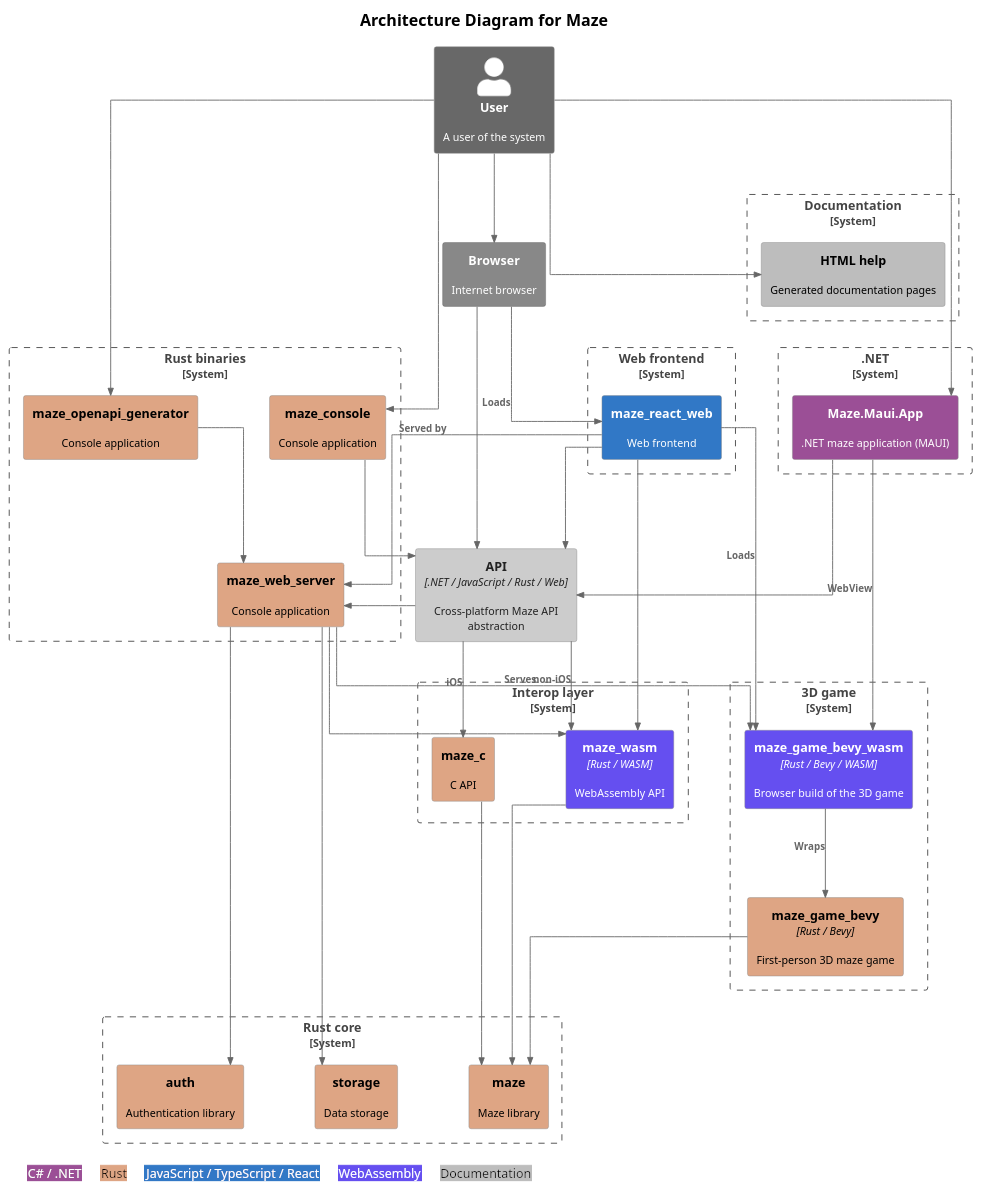
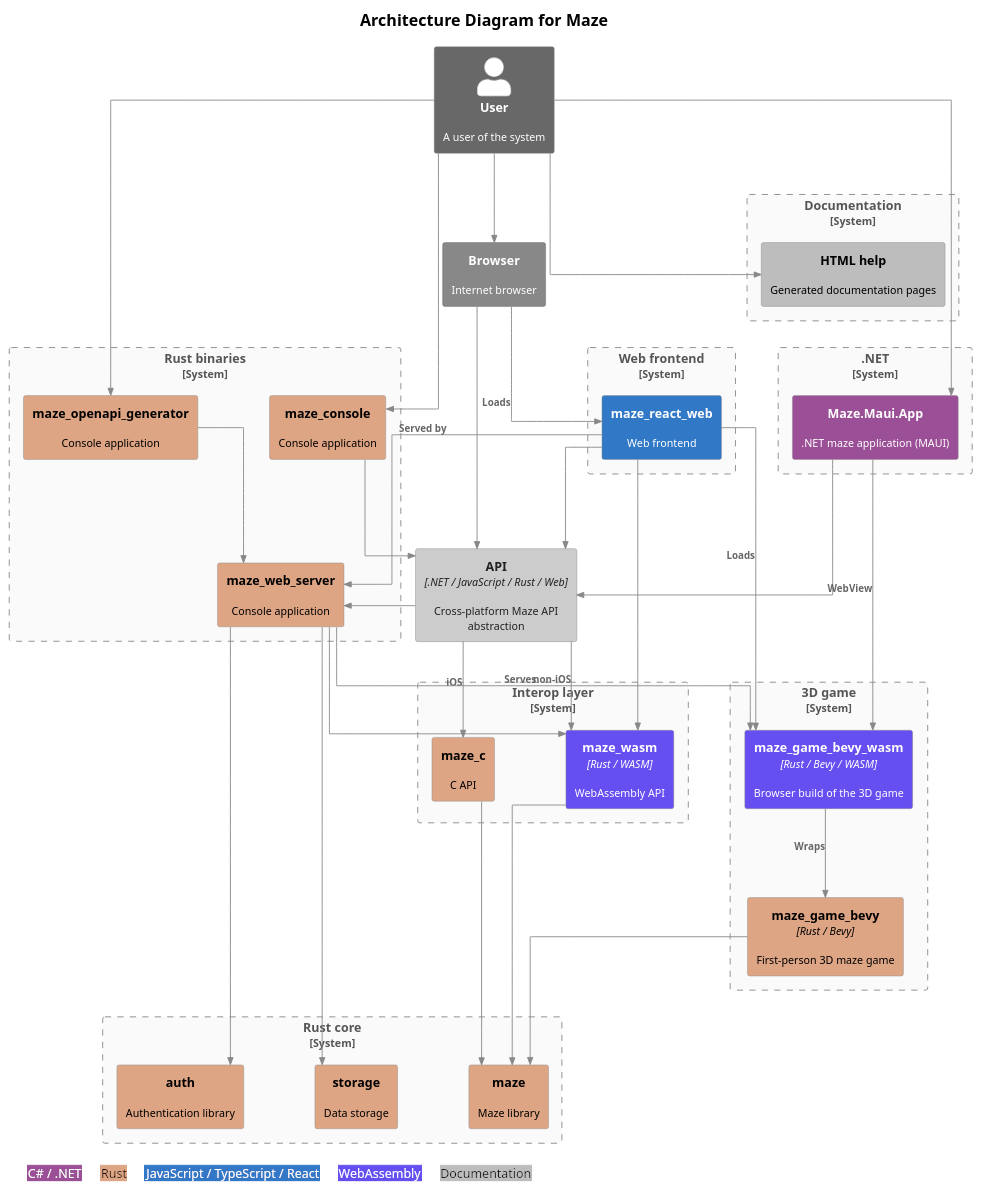
Before and after one commit to budgiedownunder/maze: the diagram in docs/diagrams/architecture.puml, drawn with PlantUML. The commit also changed 1 other file, not shown here.

Commit message:
docs(diagrams): mute boundary fill and relationship styling so containers dominate

```diff
--- a/docs/diagrams/architecture.puml
+++ b/docs/diagrams/architecture.puml
@@ -2,96 +2,98 @@
 @startuml architecture
 
 !include https://raw.githubusercontent.com/plantuml-stdlib/C4-PlantUML/master/C4_Container.puml
 
 LAYOUT_TOP_DOWN()
 HIDE_STEREOTYPE()
 skinparam linetype ortho
 skinparam nodesep 80
 skinparam ranksep 100
 skinparam defaultFontSize 12
 skinparam titleFontSize 18
 skinparam titleFontStyle bold
 skinparam ArrowFontSize 11
 
 UpdateElementStyle("container", $bgColor="#cccccc", $fontColor="#222222", $borderColor="#888888")
 UpdateElementStyle("external_container", $bgColor="#888888", $fontColor="#ffffff", $borderColor="#666666")
+UpdateBoundaryStyle($bgColor="#fafafa", $fontColor="#555555", $borderColor="#888888", $borderStyle="dashed")
+UpdateRelStyle($lineColor="#888888", $textColor="#666666")
 
 AddElementTag("rust",   $bgColor="#dea584", $fontColor="#000000", $legendText="Rust")
 AddElementTag("csharp", $bgColor="#9b4f96", $fontColor="#ffffff", $legendText="C# / .NET")
 AddElementTag("ts",     $bgColor="#3178c6", $fontColor="#ffffff", $legendText="JavaScript / TypeScript / React")
 AddElementTag("wasm",   $bgColor="#654ff0", $fontColor="#ffffff", $legendText="WebAssembly")
 AddElementTag("doc",    $bgColor="#bdbdbd", $fontColor="#000000", $legendText="Documentation")
 
 title Architecture Diagram for Maze
 
 Person_Ext(user, "User", "A user of the system")
 
 Container_Ext(browser, "Browser", "", "Internet browser")
 Container(api, "API", ".NET / JavaScript / Rust / Web", "Cross-platform Maze API abstraction")
 
 System_Boundary(b_rust_core, "Rust core") {
     Container(maze, "maze", "", "Maze library", $tags="rust")
     Container(auth, "auth", "", "Authentication library", $tags="rust")
     Container(storage, "storage", "", "Data storage", $tags="rust")
 }
 
 System_Boundary(b_rust_bins, "Rust binaries") {
     Container(maze_web_server, "maze_web_server", "", "Console application", $tags="rust")
     Container(maze_console, "maze_console", "", "Console application", $tags="rust")
     Container(maze_openapi_generator, "maze_openapi_generator", "", "Console application", $tags="rust")
 }
 
 System_Boundary(b_interop, "Interop layer") {
     Container(maze_wasm, "maze_wasm", "Rust / WASM", "WebAssembly API", $tags="wasm")
     Container(maze_c, "maze_c", "", "C API", $tags="rust")
 }
 
 System_Boundary(b_dotnet, ".NET") {
     Container(maze_maui_app_net, "Maze.Maui.App", "", ".NET maze application (MAUI)", $tags="csharp")
 }
 
 System_Boundary(b_web, "Web frontend") {
     Container(maze_react_web, "maze_react_web", "", "Web frontend", $tags="ts")
 }
 
 System_Boundary(b_game, "3D game") {
     Container(maze_game_bevy, "maze_game_bevy", "Rust / Bevy", "First-person 3D maze game", $tags="rust")
     Container(maze_game_bevy_wasm, "maze_game_bevy_wasm", "Rust / Bevy / WASM", "Browser build of the 3D game", $tags="wasm")
 }
 
 System_Boundary(b_docs, "Documentation") {
     Container(html_help, "HTML help", "", "Generated documentation pages", $tags="doc")
 }
 
 Rel(user, browser, "")
 Rel(maze_react_web, maze_web_server, "Served by")
 Rel(user, html_help, "")
 Rel(user, maze_console, "")
 Rel(user, maze_maui_app_net, "")
 Rel(user, maze_openapi_generator, "")
 Rel(browser, api, "")
 Rel(browser, maze_react_web, "Loads")
 Rel(maze_react_web, api, "")
 Rel(maze_console, api, "")
 Rel(maze_maui_app_net, api, "")
 Rel(maze_openapi_generator, maze_web_server, "")
 Rel(maze_c, maze, "")
 Rel(maze_wasm, maze, "")
 Rel(api, maze_wasm, "non-iOS")
 Rel(api, maze_c, "iOS")
 Rel(api, maze_web_server, "")
 Rel(maze_web_server, maze_wasm, "")
 Rel(maze_web_server, auth, "")
 Rel(maze_web_server, storage, "")
 Rel(maze_game_bevy, maze, "")
 Rel(maze_game_bevy_wasm, maze_game_bevy, "Wraps")
 Rel(maze_web_server, maze_game_bevy_wasm, "Serves")
 Rel(maze_react_web, maze_game_bevy_wasm, "Loads")
 Rel(maze_react_web, maze_wasm, "")
 Rel(maze_maui_app_net, maze_game_bevy_wasm, "WebView")
 
 legend bottom left
 | <back:#9b4f96><color:#ffffff>  C# / .NET  </color></back> | <back:#dea584><color:#000000>  Rust  </color></back> | <back:#3178c6><color:#ffffff>  JavaScript / TypeScript / React  </color></back> | <back:#654ff0><color:#ffffff>  WebAssembly  </color></back> | <back:#bdbdbd><color:#000000>  Documentation  </color></back> |
 endlegend
 
 @enduml
```
